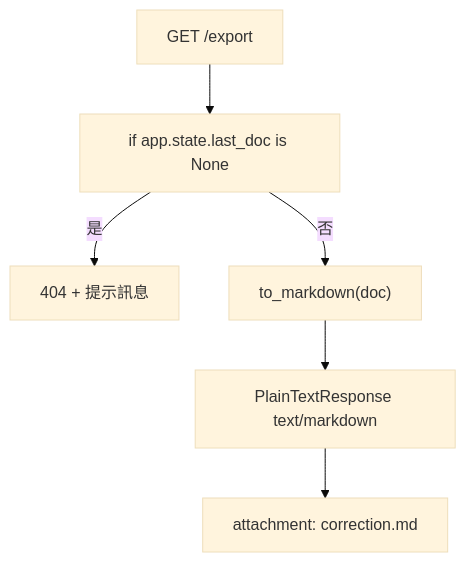
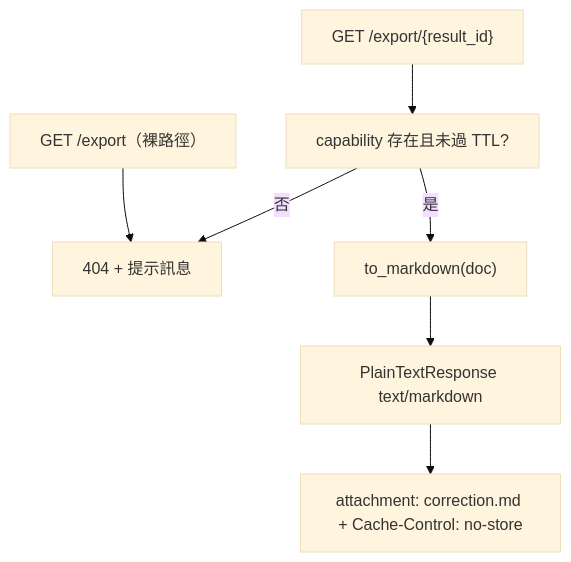
One commit to Reese-max/note-filler changed the second of 2 diagrams in docs/specs/note-filler-user-flow.md. Above: the diagram before and after it, drawn with Mermaid (base theme). The commit also changed other lines of this file and 29 other files, not shown here.

First line of the commit message:
fix(server): isolate exports behind opaque result capability + root README (#4, #1) (#8)

````diff
--- a/docs/specs/note-filler-user-flow.md
+++ b/docs/specs/note-filler-user-flow.md
@@ -50,8 +50,9 @@
 ```mermaid
 flowchart TD
-    E["GET /export"] --> F["if app.state.last_doc is None"]
-    F -->|是| G["404 + 提示訊息"]
-    F -->|否| H["to_markdown(doc)"]
+    E["GET /export/{result_id}"] --> F["capability 存在且未過 TTL?"]
+    F -->|否| G["404 + 提示訊息"]
+    F -->|是| H["to_markdown(doc)"]
     H --> I["PlainTextResponse text/markdown"]
-    I --> J["attachment: correction.md"]
+    I --> J["attachment: correction.md + Cache-Control: no-store"]
+    K["GET /export（裸路徑）"] --> G
 ```
````
